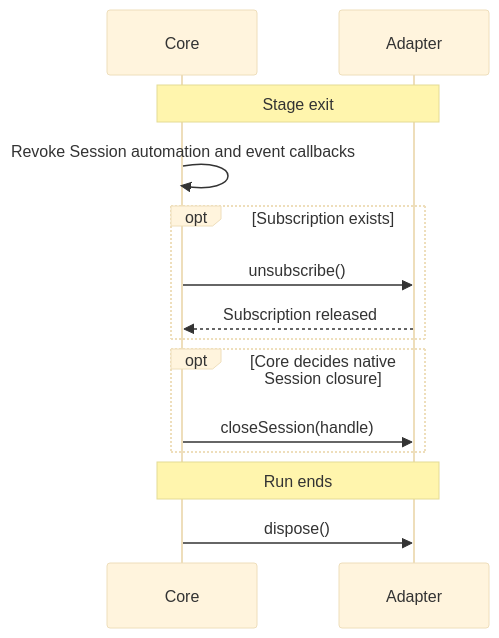
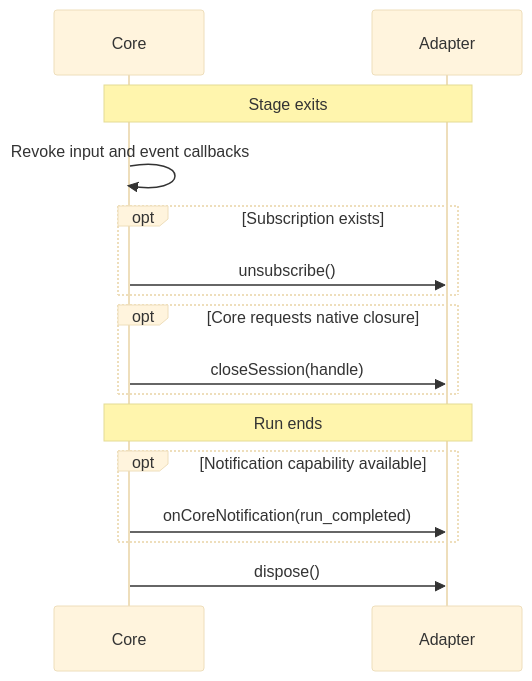
The sixth of 6 diagrams in docs/terminal-contract.md (BuddyLabsCo/issue-runner-core), drawn with Mermaid (base theme) before and after one commit. The commit also changed other lines of this file, not shown here.

````diff
--- a/docs/terminal-contract.md
+++ b/docs/terminal-contract.md
@@ -294,16 +709,18 @@
 ```mermaid
 sequenceDiagram
     participant Core
     participant Adapter
-    Note over Core,Adapter: Stage exit
-    Core->>Core: Revoke Session automation and event callbacks
+    Note over Core,Adapter: Stage exits
+    Core->>Core: Revoke input and event callbacks
     opt Subscription exists
         Core->>Adapter: unsubscribe()
-        Adapter-->>Core: Subscription released
     end
-    opt Core decides native Session closure
+    opt Core requests native closure
         Core->>Adapter: closeSession(handle)
     end
     Note over Core,Adapter: Run ends
+    opt Notification capability available
+        Core->>Adapter: onCoreNotification(run_completed)
+    end
     Core->>Adapter: dispose()
 ```
````
